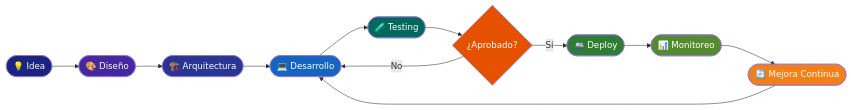
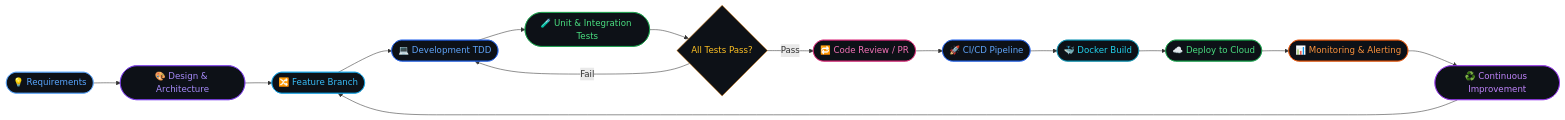
The first of 2 diagrams in README.md (AcerosDavid/AcerosDavid), drawn with Mermaid before and after one commit. The commit also changed other lines of this file, not shown here.

````diff
--- a/README.md
+++ b/README.md
@@ -145,23 +125,29 @@
 ```mermaid
-graph LR
-    A([💡 Idea]) --> B([🎨 Diseño])
-    B --> C([🏗️ Arquitectura])
-    C --> D([💻 Desarrollo])
-    D --> E([🧪 Testing])
-    E --> F{¿Aprobado?}
-    F -- No --> D
-    F -- Sí --> G([🚢 Deploy])
-    G --> H([📊 Monitoreo])
-    H --> I([🔄 Mejora Continua])
-    I --> D
+flowchart LR
+    A(["💡 Requirements"]) --> B(["🎨 Design & Architecture"])
+    B --> C(["🔀 Feature Branch"])
+    C --> D(["💻 Development TDD"])
+    D --> E(["🧪 Unit & Integration Tests"])
+    E --> F{"All Tests Pass?"}
+    F -- Fail --> D
+    F -- Pass --> G(["🔁 Code Review / PR"])
+    G --> H(["🚀 CI/CD Pipeline"])
+    H --> I(["🐳 Docker Build"])
+    I --> J(["☁️ Deploy to Cloud"])
+    J --> K(["📊 Monitoring & Alerting"])
+    K --> L(["♻️ Continuous Improvement"])
+    L --> C
 
-    style A fill:#1a237e,color:#fff
-    style B fill:#4527a0,color:#fff
-    style C fill:#283593,color:#fff
-    style D fill:#1565c0,color:#fff
-    style E fill:#00695c,color:#fff
-    style F fill:#e65100,color:#fff
-    style G fill:#2e7d32,color:#fff
-    style H fill:#558b2f,color:#fff
-    style I fill:#f57f17,color:#fff
+    style A fill:#0d1117,stroke:#58a6ff,color:#58a6ff
+    style B fill:#0d1117,stroke:#7c3aed,color:#a78bfa
+    style C fill:#0d1117,stroke:#0ea5e9,color:#38bdf8
+    style D fill:#0d1117,stroke:#2563eb,color:#60a5fa
+    style E fill:#0d1117,stroke:#16a34a,color:#4ade80
+    style F fill:#0d1117,stroke:#d97706,color:#fbbf24
+    style G fill:#0d1117,stroke:#db2777,color:#f472b6
+    style H fill:#0d1117,stroke:#2563eb,color:#60a5fa
+    style I fill:#0d1117,stroke:#0891b2,color:#22d3ee
+    style J fill:#0d1117,stroke:#16a34a,color:#4ade80
+    style K fill:#0d1117,stroke:#ea580c,color:#fb923c
+    style L fill:#0d1117,stroke:#9333ea,color:#c084fc
 ```
````
